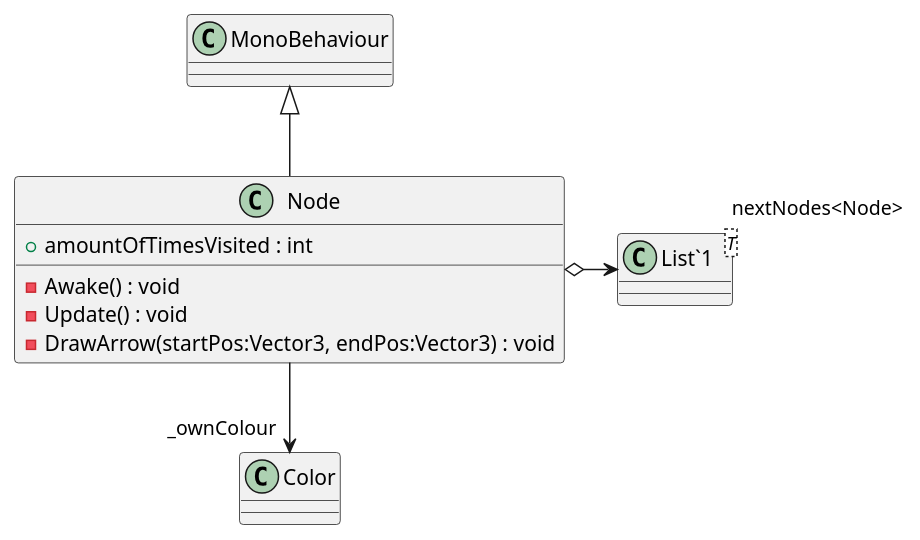
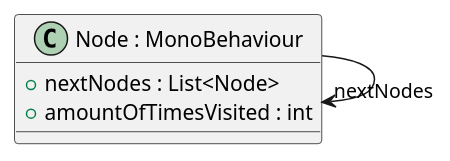
One commit to TechnicJelle/PlanesTowerDefence changed the diagram in PlantUML/Route/Node.puml. Above: the diagram before and after it, drawn with PlantUML. The commit also changed 28 other files, not shown here.

First line of the commit message:
Manual tweaks of the UML diagrams

```diff
--- a/PlantUML/Route/Node.puml
+++ b/PlantUML/Route/Node.puml
@@ -1,13 +1,7 @@
 @startuml
-class Node {
+class "Node : MonoBehaviour" as Node {
+    + nextNodes : List<Node>
     + amountOfTimesVisited : int
-    - Awake() : void
-    - Update() : void
-    - DrawArrow(startPos:Vector3, endPos:Vector3) : void
 }
-class "List`1"<T> {
-}
-MonoBehaviour <|-- Node
-Node o-> "nextNodes<Node>" "List`1"
-Node --> "_ownColour" Color
+Node --> "nextNodes" Node
 @enduml
```
